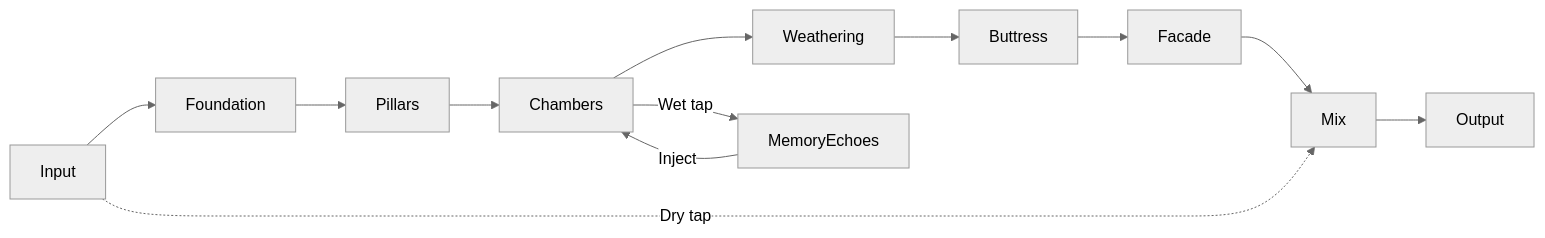
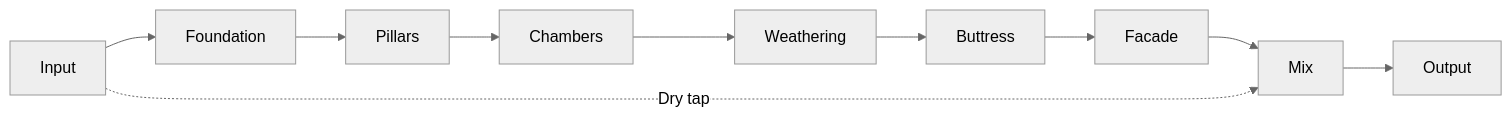
One commit to joshband/monument-reverb changed the first of 3 diagrams in README.md. Above: the diagram before and after it, drawn with Mermaid (neutral theme). The commit also changed other lines of this file and 3 other files, not shown here.

````diff
--- a/README.md
+++ b/README.md
@@ -75,7 +80,5 @@
 ```mermaid
 flowchart LR
   Input --> Foundation --> Pillars --> Chambers --> Weathering --> Buttress --> Facade --> Mix --> Output
   Input -. Dry tap .-> Mix
-  Chambers -- Wet tap --> MemoryEchoes
-  MemoryEchoes -- Inject --> Chambers
 ```
````
